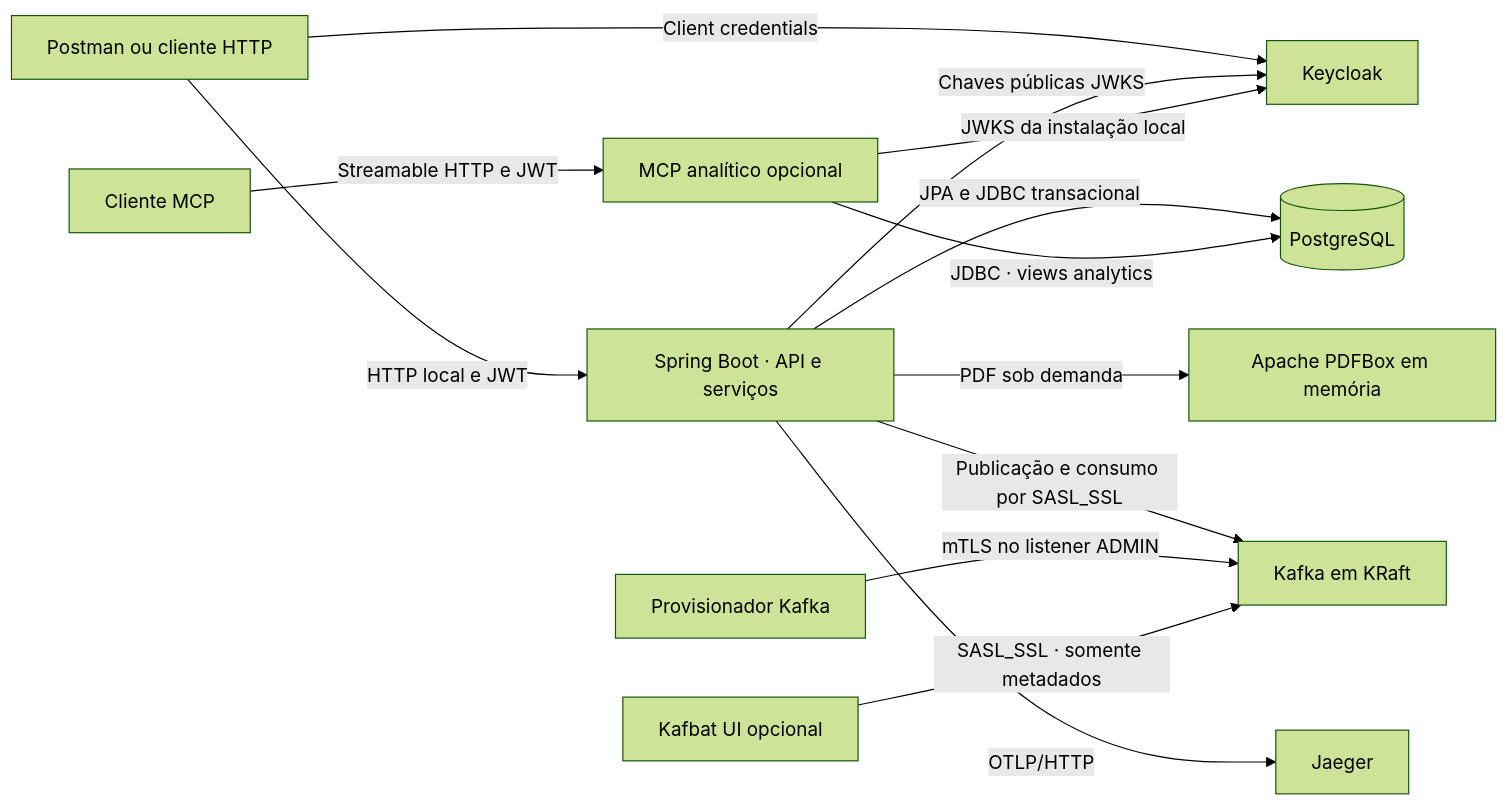
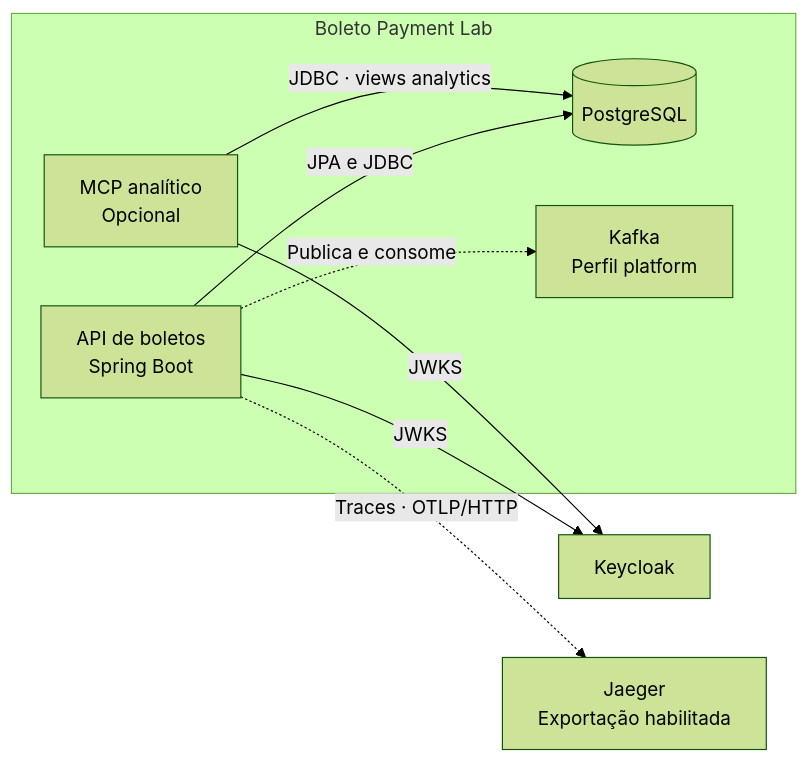
One commit to jonatadev/BoletoPaymentLab changed the second of 3 diagrams in docs-site/docs/arquitetura/visao-geral.md. Above: the diagram before and after it, drawn with Mermaid (forest theme). The commit also changed other lines of this file and 3 other files, not shown here.

Commit message:
docs(architecture): rework platform views and outbox diagrams

````diff
--- a/docs-site/docs/arquitetura/visao-geral.md
+++ b/docs-site/docs/arquitetura/visao-geral.md
@@ -13,17 +30,19 @@
 ```mermaid
 flowchart LR
-  accTitle: Componentes do Boleto Payment Lab
-  accDescr: As setas indicam chamadas locais, trocas de mensagens ou exportação de traces.
-  Client["Postman ou cliente HTTP"] -->|"Client credentials"| OIDC["Keycloak"]
-  Client -->|"HTTP local e JWT"| App["Spring Boot · API e serviços"]
-  App -->|"Chaves públicas JWKS"| OIDC
-  App -->|"JPA e JDBC transacional"| DB[("PostgreSQL")]
-  App -->|"PDF sob demanda"| PDF["Apache PDFBox em memória"]
-  App -->|"Publicação e consumo por SASL_SSL"| Kafka["Kafka em KRaft"]
-  Provision["Provisionador Kafka"] -->|"mTLS no listener ADMIN"| Kafka
-  UI["Kafbat UI opcional"] -->|"SASL_SSL · somente metadados"| Kafka
-  App -->|"OTLP/HTTP"| Jaeger["Jaeger"]
-  McpClient["Cliente MCP"] -->|"Streamable HTTP e JWT"| MCP["MCP analítico opcional"]
-  MCP -->|"JWKS da instalação local"| OIDC
+  accTitle: Aplicações, persistência e serviços do laboratório
+  accDescr: A API grava no PostgreSQL e publica e consome eventos no perfil platform. O MCP opcional consulta views. O broker e o coletor de traces são serviços separados.
+  subgraph Lab["Boleto Payment Lab"]
+    App["API de boletos<br/>Spring Boot"]
+    MCP["MCP analítico<br/>Opcional"]
+    DB[("PostgreSQL")]
+    Kafka["Kafka<br/>Perfil platform"]
+  end
+  Identity["Keycloak"]
+  Jaeger["Jaeger<br/>Exportação habilitada"]
+  App -->|"JPA e JDBC"| DB
   MCP -->|"JDBC · views analytics"| DB
+  App -.->|"Publica e consome"| Kafka
+  App -->|"JWKS"| Identity
+  MCP -->|"JWKS"| Identity
+  App -.->|"Traces · OTLP/HTTP"| Jaeger
 ```
````
